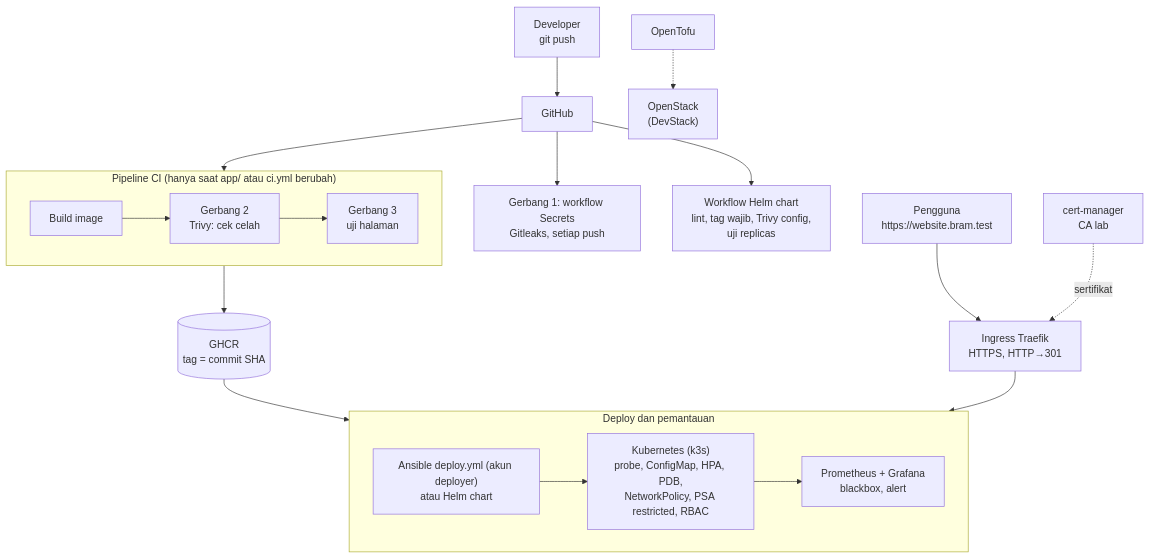
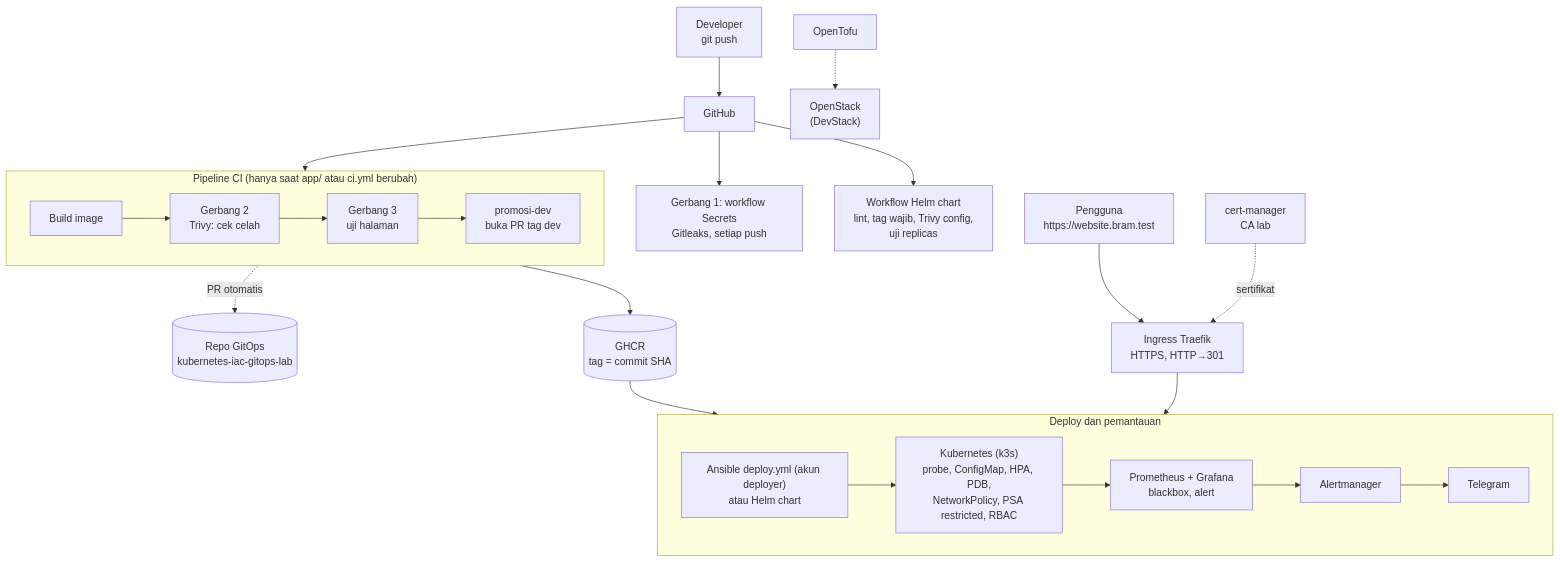
Before and after one commit to Bram-02/devops-website-bram: the diagram in README.md, drawn with Mermaid. The commit also changed other lines of this file, not shown here.

Commit message:
README: Alertmanager ke Telegram dan PR otomatis ke repo GitOps

````diff
--- a/README.md
+++ b/README.md
@@ -17,27 +17,30 @@
 ```mermaid
 flowchart TB
     dev["Developer<br/>git push"] --> gh["GitHub"]
     gh --> g1["Gerbang 1: workflow Secrets<br/>Gitleaks, setiap push"]
     gh --> CI
     gh --> HC["Workflow Helm chart<br/>lint, tag wajib, Trivy config,<br/>uji replicas"]
 
     subgraph CI["Pipeline CI (hanya saat app/ atau ci.yml berubah)"]
         direction LR
         b["Build image"] --> g2["Gerbang 2<br/>Trivy: cek celah"]
         g2 --> g3["Gerbang 3<br/>uji halaman"]
+        g3 --> pd["promosi-dev<br/>buka PR tag dev"]
     end
+    pd -.PR otomatis.-> gitops[("Repo GitOps<br/>kubernetes-iac-gitops-lab")]
 
     CI --> reg[("GHCR<br/>tag = commit SHA")]
 
     subgraph CD["Deploy dan pemantauan"]
         direction LR
         ans["Ansible deploy.yml (akun deployer)<br/>atau Helm chart"] --> k3s["Kubernetes (k3s)<br/>probe, ConfigMap, HPA, PDB,<br/>NetworkPolicy, PSA restricted, RBAC"]
         k3s --> mon["Prometheus + Grafana<br/>blackbox, alert"]
+        mon --> am["Alertmanager"] --> tg["Telegram"]
     end
 
     reg --> ans
     user["Pengguna<br/>https://website.bram.test"] --> ing["Ingress Traefik<br/>HTTPS, HTTP→301"]
     ing --> k3s
     cm["cert-manager<br/>CA lab"] -.sertifikat.-> ing
     tofu["OpenTofu"] -.-> os["OpenStack<br/>(DevStack)"]
 ```
````
